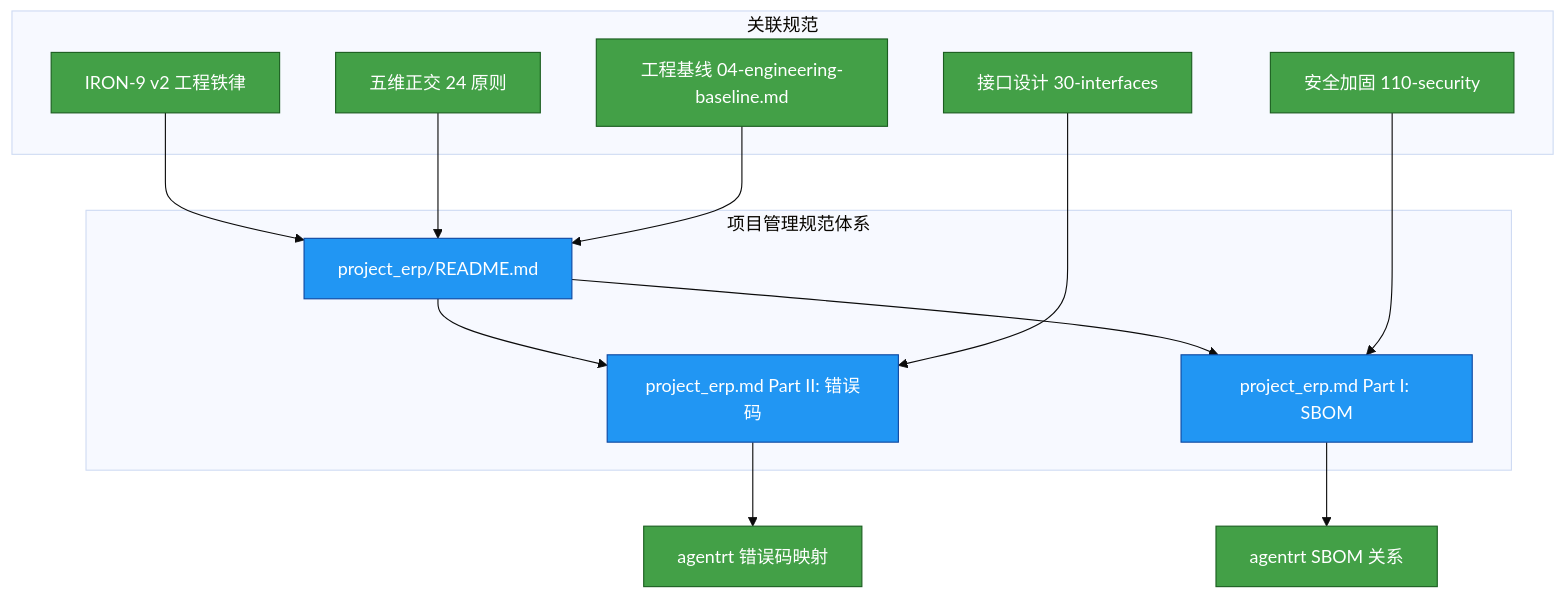
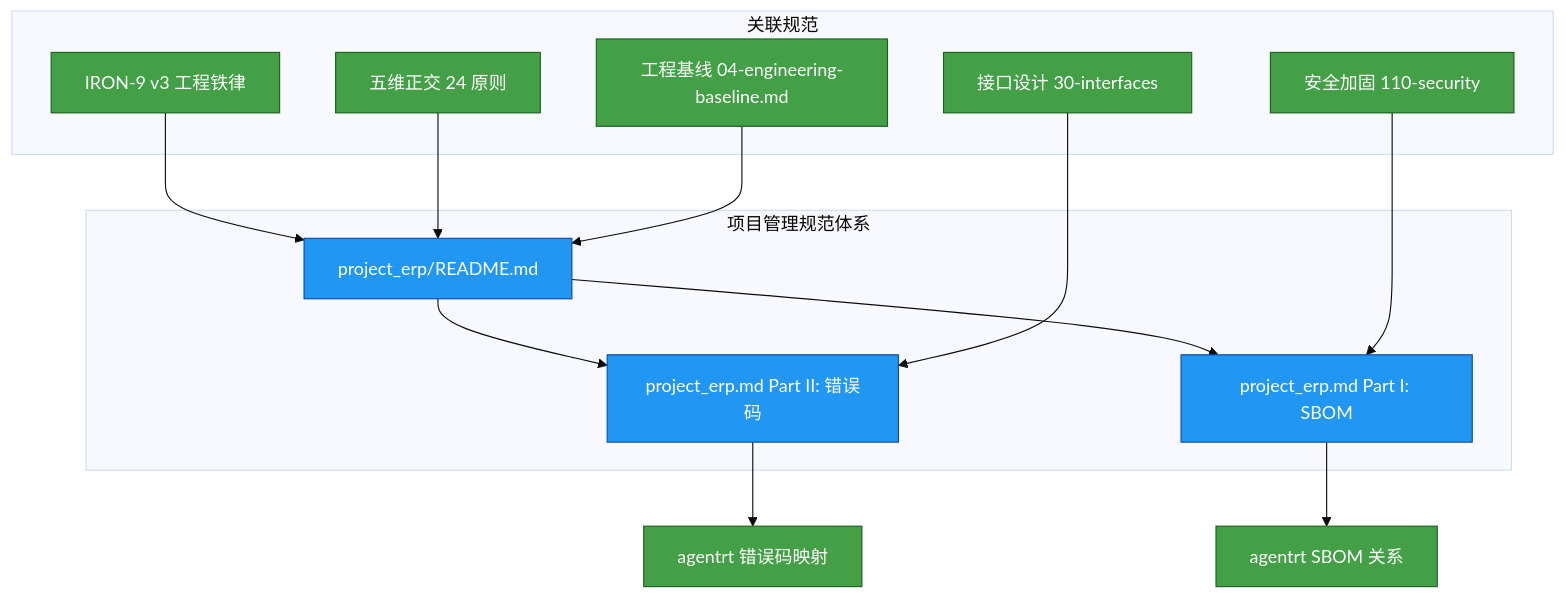
The first of 2 diagrams in 50-engineering-standards/50-project-erp/README.md (openairymax/docs-linux), drawn with Mermaid (base theme) before and after one commit. The commit also changed other lines of this file and 181 other files, not shown here.

````diff
--- a/50-engineering-standards/50-project-erp/README.md
+++ b/50-engineering-standards/50-project-erp/README.md
@@ -54,24 +54,24 @@
 ```mermaid
 graph TD
     subgraph 项目管理规范体系
         A[project_erp/README.md] --> B[project_erp.md Part II: 错误码]
         A --> C[project_erp.md Part I: SBOM]
     end
 
     subgraph 关联规范
-        D[IRON-9 v2 工程铁律] --> A
+        D[IRON-9 v3 工程铁律] --> A
         E[五维正交 24 原则] --> A
         F[工程基线 04-engineering-baseline.md] --> A
         G[接口设计 30-interfaces] --> B
         H[安全加固 110-security] --> C
     end
 
     B --> I[agentrt 错误码映射]
     C --> J[agentrt SBOM 关系]
 
     classDef proj fill:#2196f3,stroke:#0d47a1,color:#ffffff
     classDef ref fill:#43a047,stroke:#1b5e20,color:#ffffff
 
     class A,B,C proj
     class D,E,F,G,H,I,J ref
 ```
````
